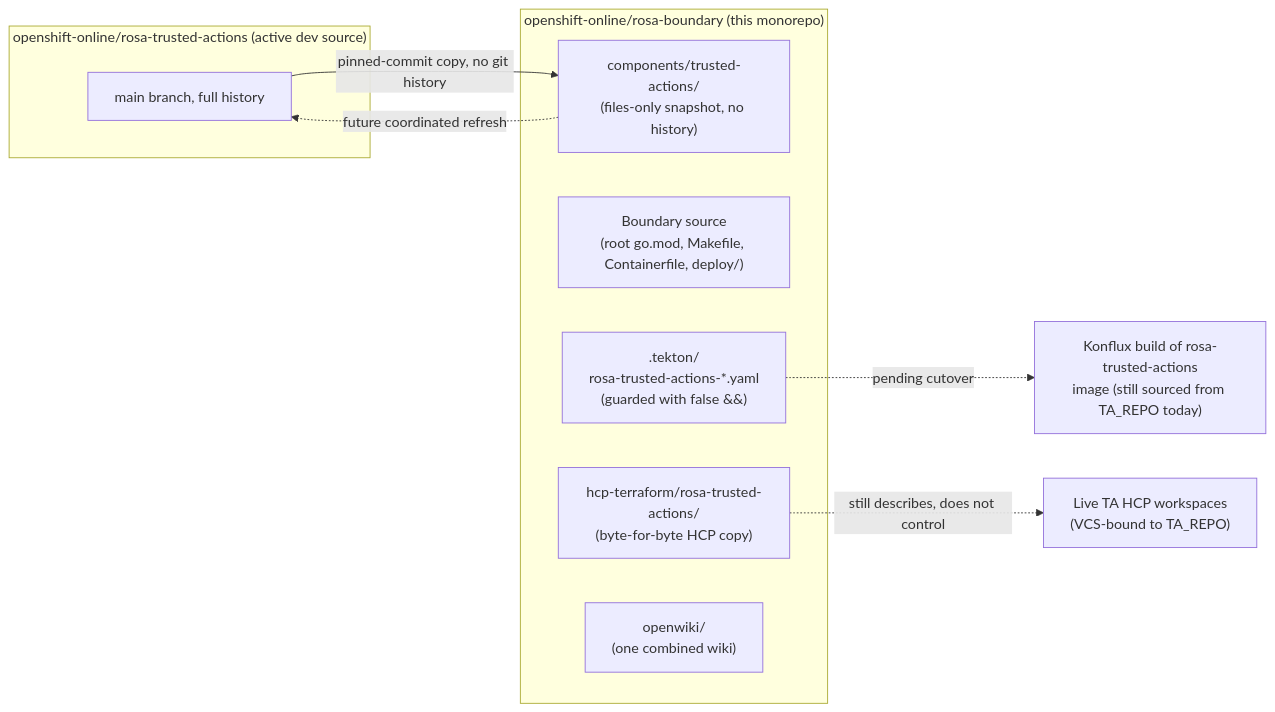
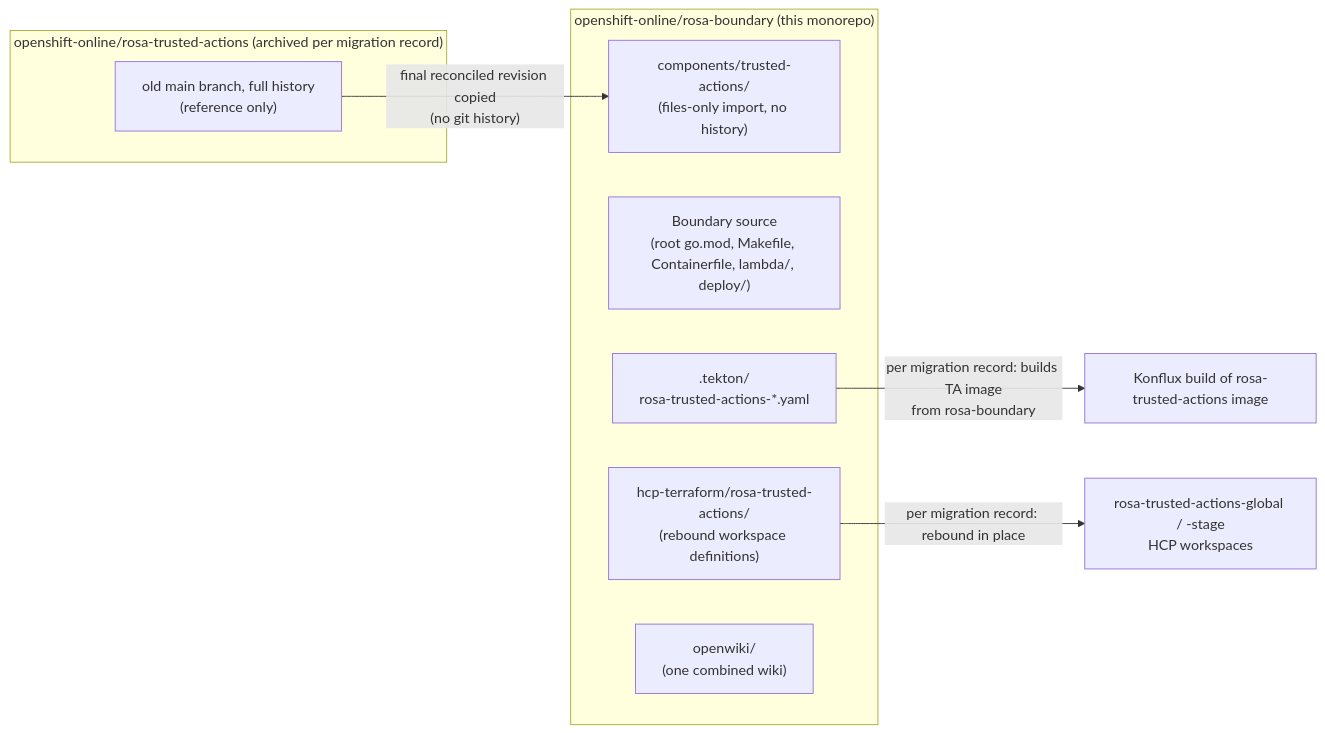
One commit to openshift-online/rosa-boundary changed the diagram in openwiki/architecture/monorepo-and-trusted-actions.md. Above: the diagram before and after it, drawn with Mermaid. The commit also changed other lines of this file and 46 other files, not shown here.

````diff
--- a/openwiki/architecture/monorepo-and-trusted-actions.md
+++ b/openwiki/architecture/monorepo-and-trusted-actions.md
@@ -74,17 +93,16 @@
 ```mermaid
 flowchart LR
-    subgraph TA_REPO["openshift-online/rosa-trusted-actions (active dev source)"]
-        TAmain["main branch, full history"]
+    subgraph TA_REPO["openshift-online/rosa-trusted-actions (archived per migration record)"]
+        TAhist["old main branch, full history\n(reference only)"]
     end
     subgraph BOUNDARY_REPO["openshift-online/rosa-boundary (this monorepo)"]
-        TAcopy["components/trusted-actions/\n(files-only snapshot, no history)"]
-        Boundary["Boundary source\n(root go.mod, Makefile, Containerfile, deploy/)"]
-        Tekton[".tekton/\nrosa-trusted-actions-*.yaml\n(guarded with false &&)"]
-        HCPcopy["hcp-terraform/rosa-trusted-actions/\n(byte-for-byte HCP copy)"]
+        TAcopy["components/trusted-actions/\n(files-only import, no history)"]
+        Boundary["Boundary source\n(root go.mod, Makefile, Containerfile, lambda/, deploy/)"]
+        Tekton[".tekton/\nrosa-trusted-actions-*.yaml"]
+        HCPcopy["hcp-terraform/rosa-trusted-actions/\n(rebound workspace definitions)"]
         Wiki["openwiki/\n(one combined wiki)"]
     end
-    TAmain -- "pinned-commit copy, no git history" --> TAcopy
-    TAcopy -. "future coordinated refresh" .-> TAmain
-    HCPcopy -. "still describes, does not control" .-> TAliveWS["Live TA HCP workspaces\n(VCS-bound to TA_REPO)"]
-    Tekton -. "pending cutover" .-> Konflux["Konflux build of rosa-trusted-actions\nimage (still sourced from TA_REPO today)"]
+    TAhist -- "final reconciled revision copied\n(no git history)" --> TAcopy
+    Tekton -- "per migration record: builds TA image\nfrom rosa-boundary" --> Konflux["Konflux build of rosa-trusted-actions image"]
+    HCPcopy -- "per migration record: rebound in place" --> TAliveWS["rosa-trusted-actions-global / -stage\nHCP workspaces"]
 ```
````
